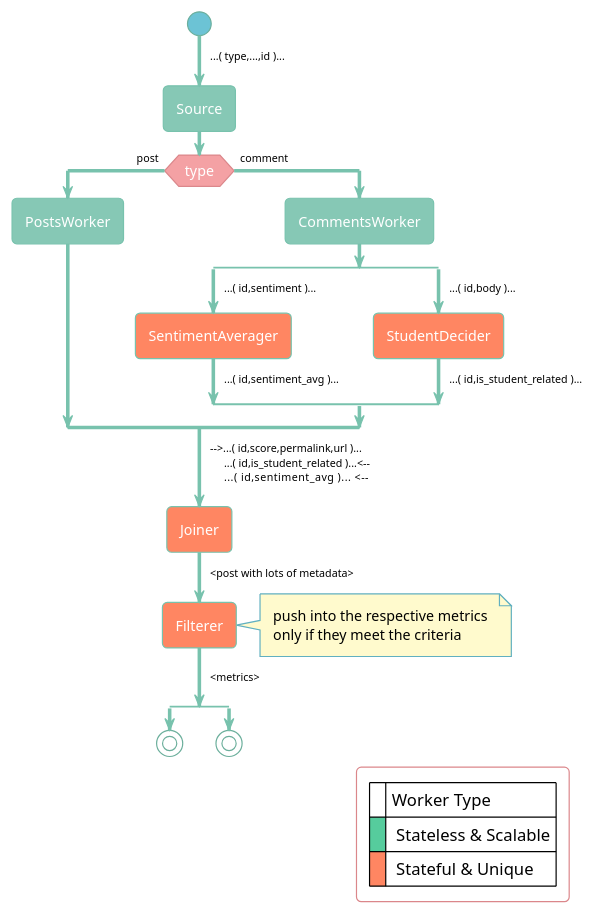
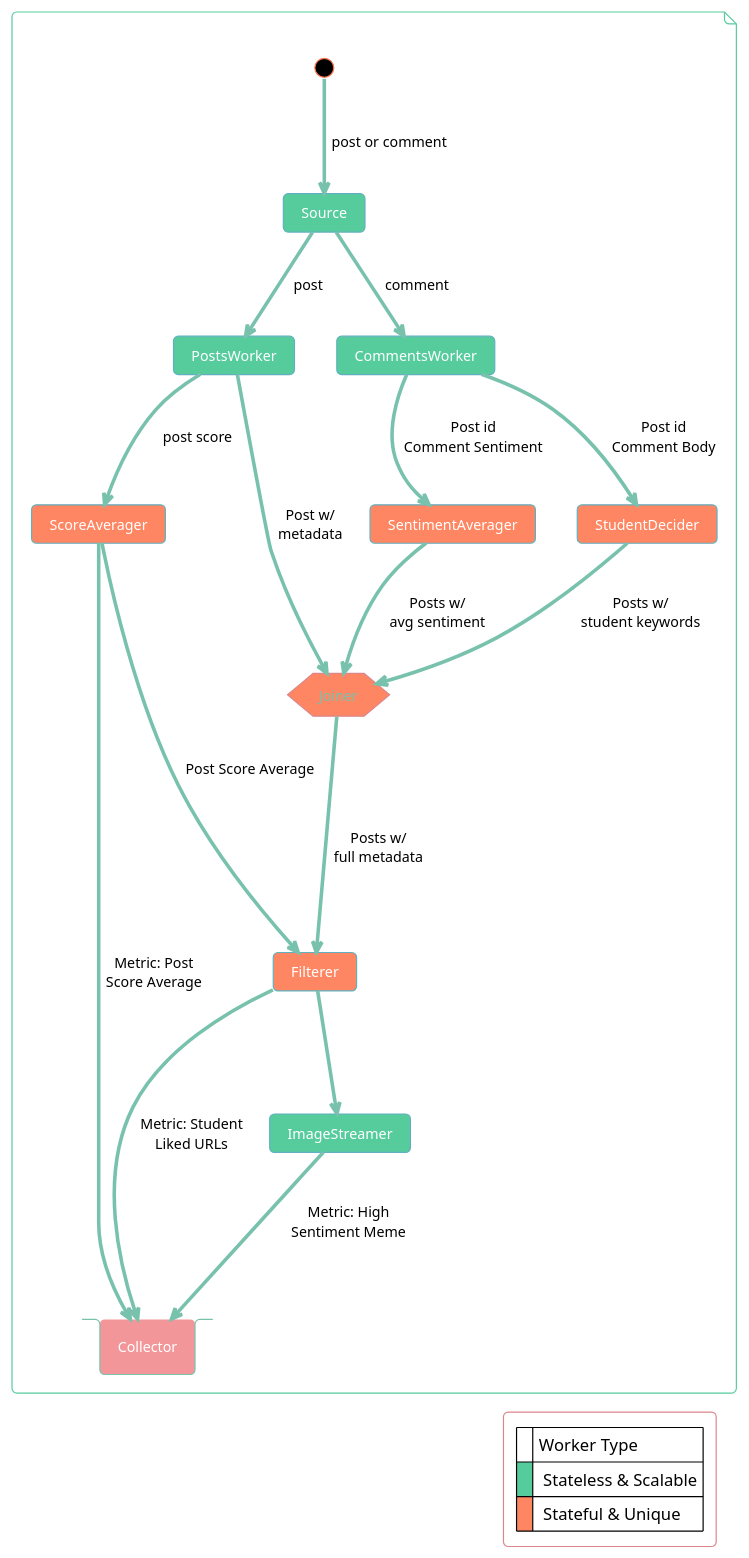
The diagram in TP2/informe/diagrams/fulldag.puml (FdelMazo/7574-Distribuidos), drawn with PlantUML before and after one commit. The commit also changed 22 other files, not shown here.

```diff
--- a/TP2/informe/diagrams/fulldag.puml
+++ b/TP2/informe/diagrams/fulldag.puml
@@ -1,55 +1,56 @@
 @startuml
 !theme minty
+skinparam arrowfontcolor black
+skinparam actorbackgroundcolor transparent
+skinparam actorfontcolor black
+skinparam legendbackgroundcolor transparent
+skinparam filebordercolor #56cc9d
+skinparam filebackgroundcolor transparent
+skinparam legendfontcolor black
 
-skinparam PartitionFontColor black
-skinparam LegendFontColor black
-skinparam ArrowFontColor black
-skinparam ArrowFontSize 9
-skinparam NoteBackgroundColor lemonchiffon
-skinparam NoteFontColor black
-skinparam backgroundColor white
+<style>
+startsty {
+  BackgroundColor #6cc3d5
+}
+</style>
 
-skinparam ArrowFontColor black
-skinparam NoteBackgroundColor lemonchiffon
-skinparam NoteFontColor black
-skinparam backgroundColor white
-skinparam ConditionEndStyle hline
+file {
+  interface start #black [
+  ]
+  stack Collector #f3969a [
+  Collector
+  ]
+  card Source #56cc9d
+  card PostsWorker #56cc9d
+  card CommentsWorker #56cc9d
+  card ImageStreamer #56cc9d
+  card ScoreAverager #ff8662
+  card SentimentAverager #ff8662
+  hexagon Joiner #ff8662
+  card Filterer #ff8662
+  card StudentDecider #ff8662
 
-start
--> ...( type,...,id )...;
-:Source;
-if (type) then (post)
-    :PostsWorker;
-else (comment)
-  :CommentsWorker;
-  split
-  -> ...( id,sentiment )...;
-  #ff8662 :SentimentAverager; 
-  -> ...( id,sentiment_avg )...;
-  split again
-  -> ...( id,body )...;
-  #ff8662 :StudentDecider; 
-  -> ...( id,is_student_related )...;
-  end split
-endif
--> -->...( id,score,permalink,url )...\n     ...( id,is_student_related )...<--\n     ...( id,sentiment_avg )...      <--;
-#ff8662 :Joiner;
--> <post with lots of metadata>;
-#ff8662 :Filterer;
-note right
-  push into the respective metrics
-  only if they meet the criteria
-endnote
--> <metrics>;
-split
-  stop
-split again
-  stop
-endsplit
+  start -down-> Source: post or comment
+  Source -down-> PostsWorker: post
+  Source -down-> CommentsWorker: comment
+  PostsWorker -down-> ScoreAverager: post score
+  CommentsWorker -down-> SentimentAverager: Post id\nComment Sentiment
+  CommentsWorker -down-> StudentDecider: Post id\nComment Body
+  PostsWorker -down-> Joiner: Post w/\nmetadata
+  SentimentAverager -down-> Joiner: Posts w/\navg sentiment
+  StudentDecider -down-> Joiner: Posts w/\nstudent keywords
+  Joiner -down-> Filterer: Posts w/\nfull metadata
+  Filterer -down-> ImageStreamer
+  ScoreAverager --down--> Filterer: Post Score Average
+  ScoreAverager --down--> Collector: Metric: Post\nScore Average
+  ImageStreamer -down-> Collector: Metric: High\nSentiment Meme
+  Filterer --down--> Collector: Metric: Student\nLiked URLs
+}
 
 legend bottom right
     |= |Worker Type|
     |<#56cc9d>| Stateless & Scalable|
     |<#ff8662>| Stateful & Unique|
 endlegend
+
 @enduml
```
